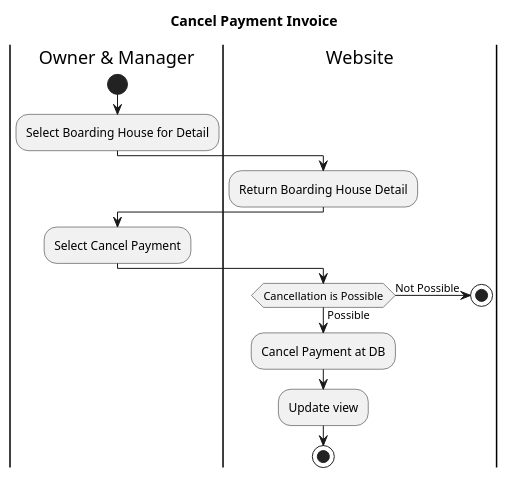
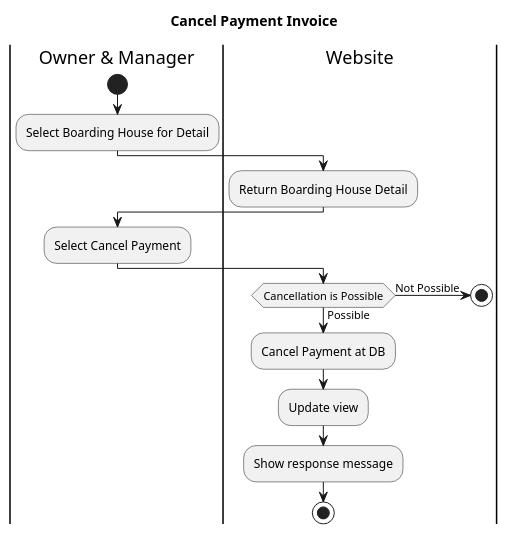
Before and after one commit to AntWort21/BHFMS: the diagram in Design/BHFMS_ACTIVITY/Owner Manager/Payment/Cancel Payment Invoice.puml, drawn with PlantUML. The commit also changed 39 other files, not shown here.

```diff
--- a/Design/BHFMS_ACTIVITY/Owner Manager/Payment/Cancel Payment Invoice.puml
+++ b/Design/BHFMS_ACTIVITY/Owner Manager/Payment/Cancel Payment Invoice.puml
@@ -1,20 +1,20 @@
 @startuml
 title Cancel Payment Invoice
 |Owner & Manager|
 start
 :Select Boarding House for Detail;
 |Website|
 :Return Boarding House Detail;
 |Owner & Manager|
 :Select Cancel Payment;
 
 |Website|
 if(Cancellation is Possible) then (Possible)
     :Cancel Payment at DB;
     :Update view;
 else (Not Possible)
     stop
 endif
-
+:Show response message;
 stop
 @enduml
```
